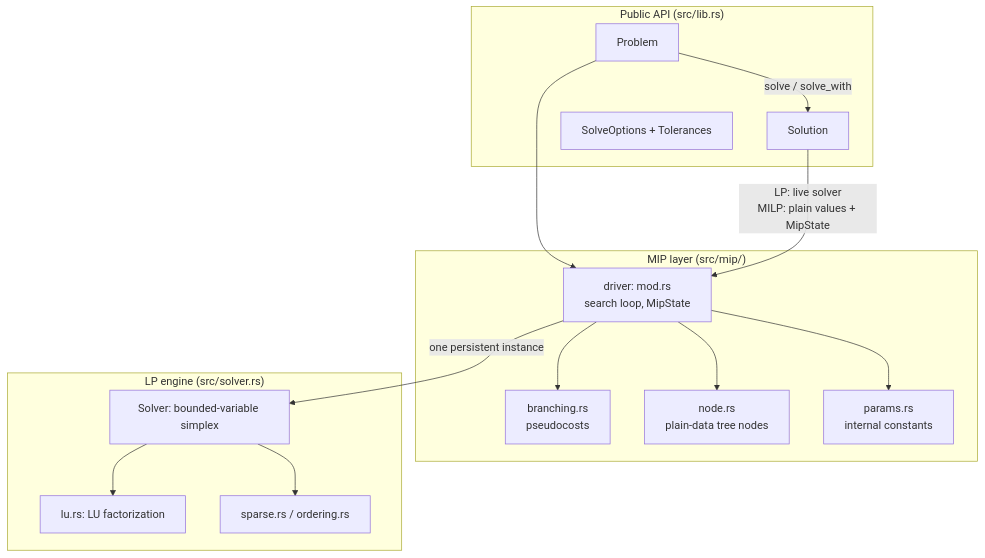
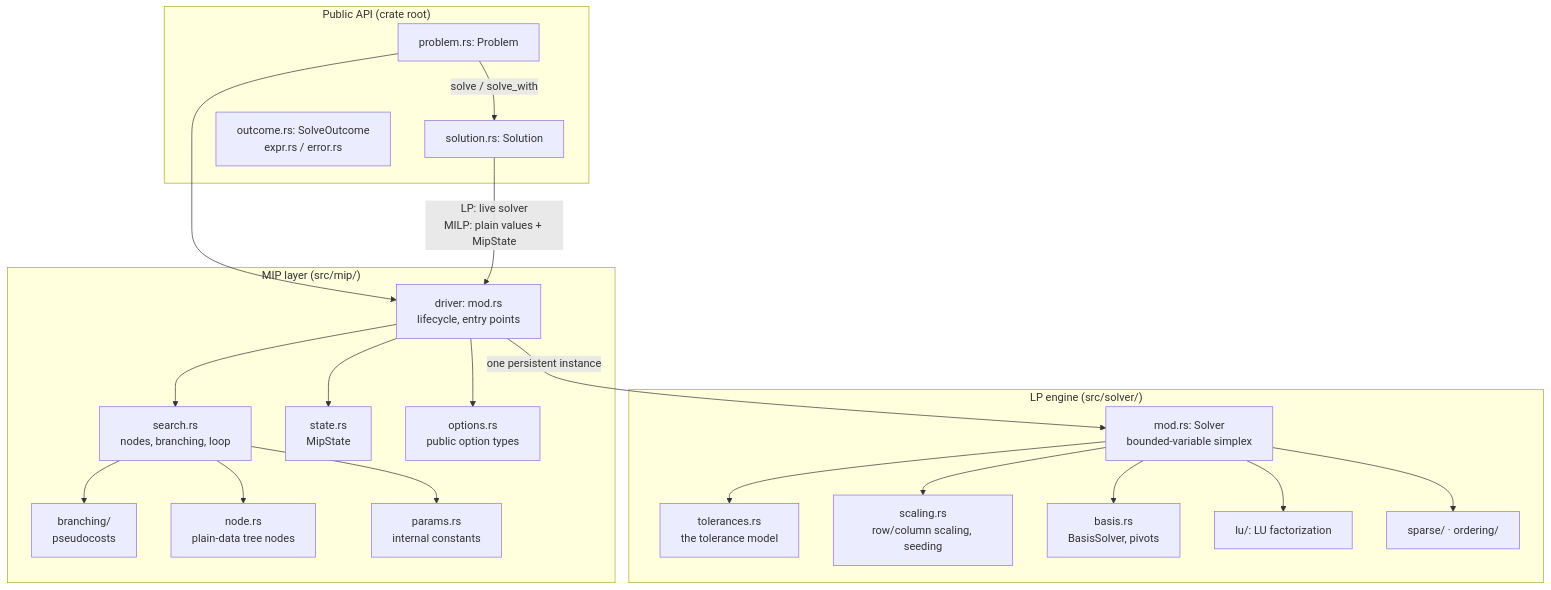
Before and after one commit to Specy/microlp: the first of 3 diagrams in src/ARCHITECTURE.md, drawn with Mermaid. The commit also changed other lines of this file and 50 other files, not shown here.

````diff
--- a/src/ARCHITECTURE.md
+++ b/src/ARCHITECTURE.md
@@ -18,19 +18,25 @@
 ```mermaid
 graph TD
-    subgraph API["Public API (src/lib.rs)"]
-        P[Problem] -->|solve / solve_with| S[Solution]
-        O[SolveOptions + Tolerances]
+    subgraph API["Public API (crate root)"]
+        P[problem.rs: Problem] -->|solve / solve_with| S[solution.rs: Solution]
+        O[outcome.rs: SolveOutcome<br/>expr.rs / error.rs]
     end
     subgraph MIP["MIP layer (src/mip/)"]
-        D[driver: mod.rs<br/>search loop, MipState] --> B[branching.rs<br/>pseudocosts]
-        D --> N[node.rs<br/>plain-data tree nodes]
-        D --> PR[params.rs<br/>internal constants]
+        D[driver: mod.rs<br/>lifecycle, entry points] --> SE[search.rs<br/>nodes, branching, loop]
+        D --> ST[state.rs<br/>MipState]
+        D --> O2[options.rs<br/>public option types]
+        SE --> B[branching/<br/>pseudocosts]
+        SE --> N[node.rs<br/>plain-data tree nodes]
+        SE --> PR[params.rs<br/>internal constants]
     end
-    subgraph LP["LP engine (src/solver.rs)"]
-        SV[Solver: bounded-variable simplex] --> LU[lu.rs: LU factorization]
-        SV --> SP[sparse.rs / ordering.rs]
+    subgraph LP["LP engine (src/solver/)"]
+        SV[mod.rs: Solver<br/>bounded-variable simplex] --> TOL[tolerances.rs<br/>the tolerance model]
+        SV --> SC[scaling.rs<br/>row/column scaling, seeding]
+        SV --> BA[basis.rs<br/>BasisSolver, pivots]
+        SV --> LU[lu/: LU factorization]
+        SV --> SP[sparse/ · ordering/]
     end
     P --> D
     D -->|one persistent instance| SV
     S -->|LP: live solver<br/>MILP: plain values + MipState| D
 ```
````
